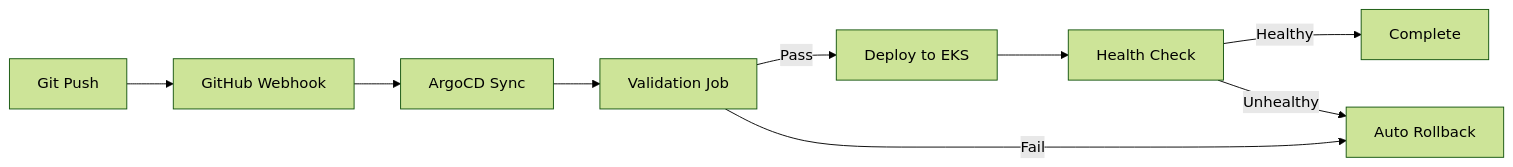
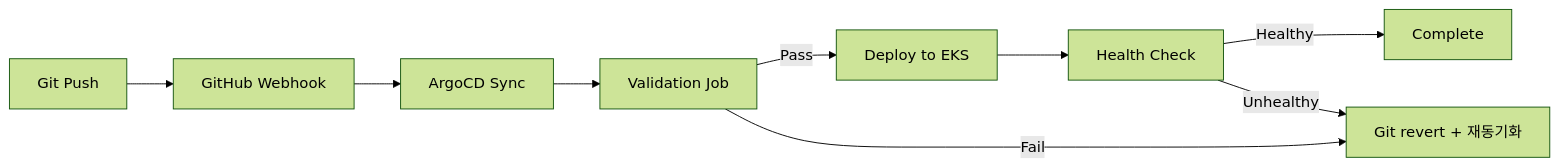
One commit to devfloor9/engineering-playbook changed the fourth of 4 diagrams in i18n/ko/docusaurus-plugin-content-docs/current/agentic-ai-platform/operations-mlops/governance/agentic-playbook.md. Above: the diagram before and after it, drawn with Mermaid (forest theme). The commit also changed other lines of this file and 7 other files, not shown here.

````diff
--- a/i18n/ko/docusaurus-plugin-content-docs/current/agentic-ai-platform/operations-mlops/governance/agentic-playbook.md
+++ b/i18n/ko/docusaurus-plugin-content-docs/current/agentic-ai-platform/operations-mlops/governance/agentic-playbook.md
@@ -553,11 +608,11 @@
 ```mermaid
 graph LR
     Push[Git Push] --> Webhook[GitHub Webhook]
     Webhook --> ArgoCD[ArgoCD Sync]
     ArgoCD --> Validation[Validation Job]
     Validation -->|Pass| Deploy[Deploy to EKS]
-    Validation -->|Fail| Rollback[Auto Rollback]
+    Validation -->|Fail| Revert[Git revert + 재동기화]
     Deploy --> Health[Health Check]
     Health -->|Healthy| Complete[Complete]
-    Health -->|Unhealthy| Rollback
+    Health -->|Unhealthy| Revert
 ```
````
